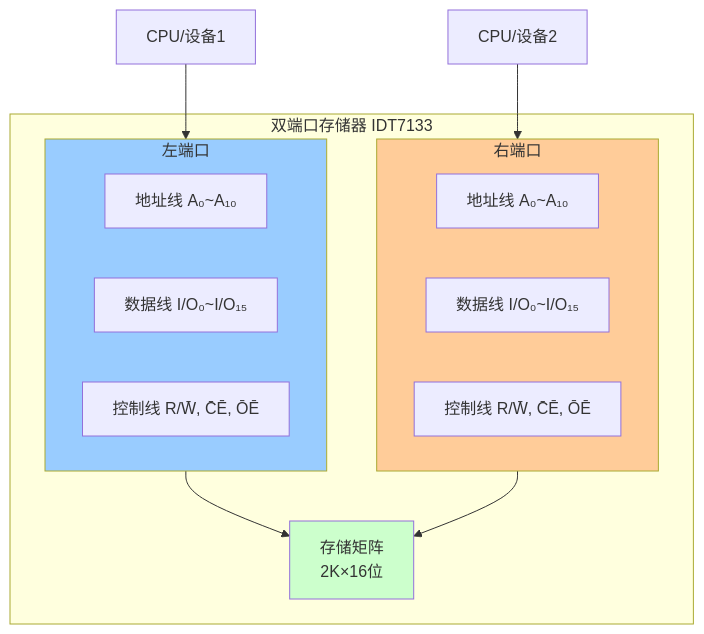
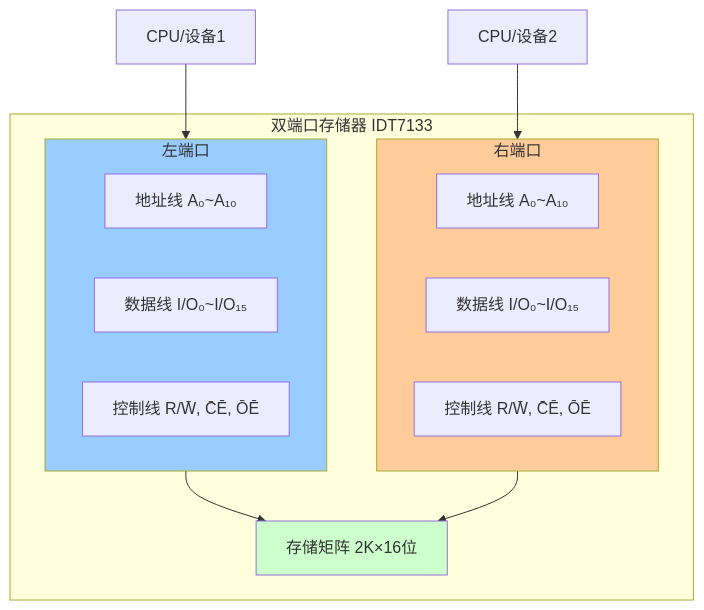
Before and after one commit to gilismael826-lgtm/course: the second of 4 diagrams in 计算机组成原理/notes/章节笔记/第3章-存储系统/第3章-3.5-并行存储器.md, drawn with Mermaid. The commit also changed other lines of this file and 28 other files, not shown here.

````diff
--- a/计算机组成原理/notes/章节笔记/第3章-存储系统/第3章-3.5-并行存储器.md
+++ b/计算机组成原理/notes/章节笔记/第3章-存储系统/第3章-3.5-并行存储器.md
@@ -73,25 +73,25 @@
 ```mermaid
 graph TB
     subgraph DualPort["双端口存储器 IDT7133"]
         subgraph LeftPort["左端口"]
             LA["地址线 A₀~A₁₀"]
             LD["数据线 I/O₀~I/O₁₅"]
             LC["控制线 R/W̄, C̄Ē, ŌĒ"]
         end
         
         subgraph RightPort["右端口"]
             RA["地址线 A₀~A₁₀"]
             RD["数据线 I/O₀~I/O₁₅"]
             RC["控制线 R/W̄, C̄Ē, ŌĒ"]
         end
         
-        Memory["存储矩阵<br/>2K×16位"]
+        Memory["存储矩阵 2K×16位"]
     end
     
     CPU1["CPU/设备1"] --> LeftPort --> Memory
     CPU2["CPU/设备2"] --> RightPort --> Memory
     
     style LeftPort fill:#99ccff
     style RightPort fill:#ffcc99
     style Memory fill:#ccffcc
 ```
````
